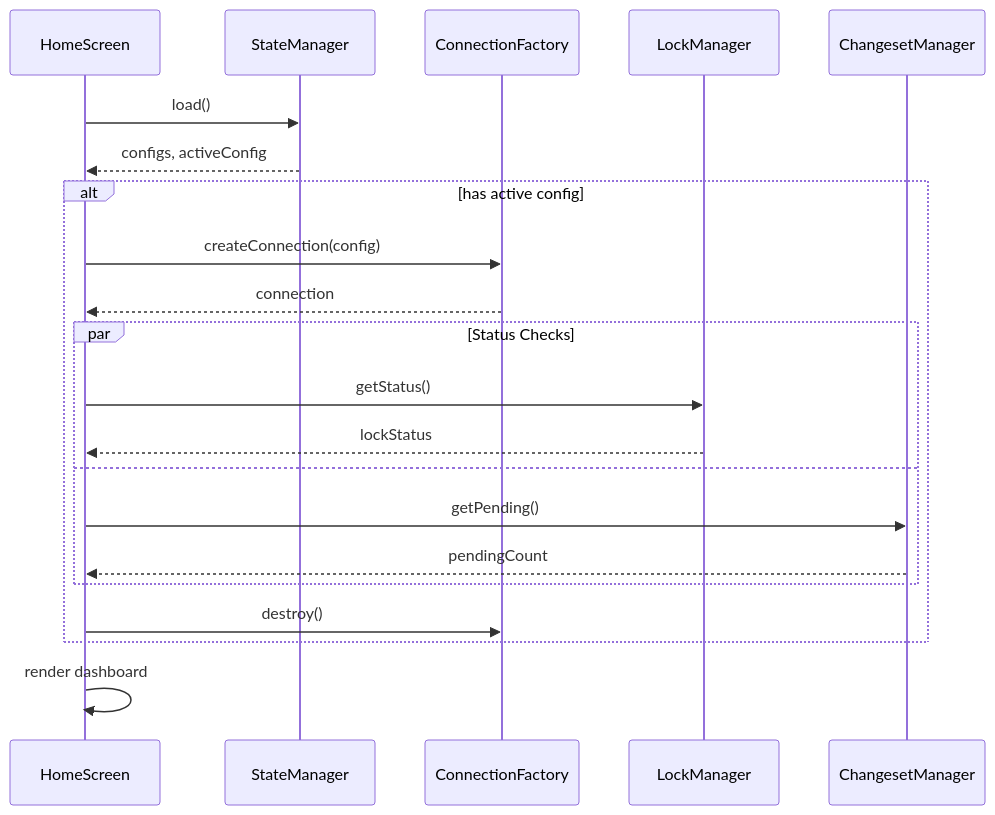
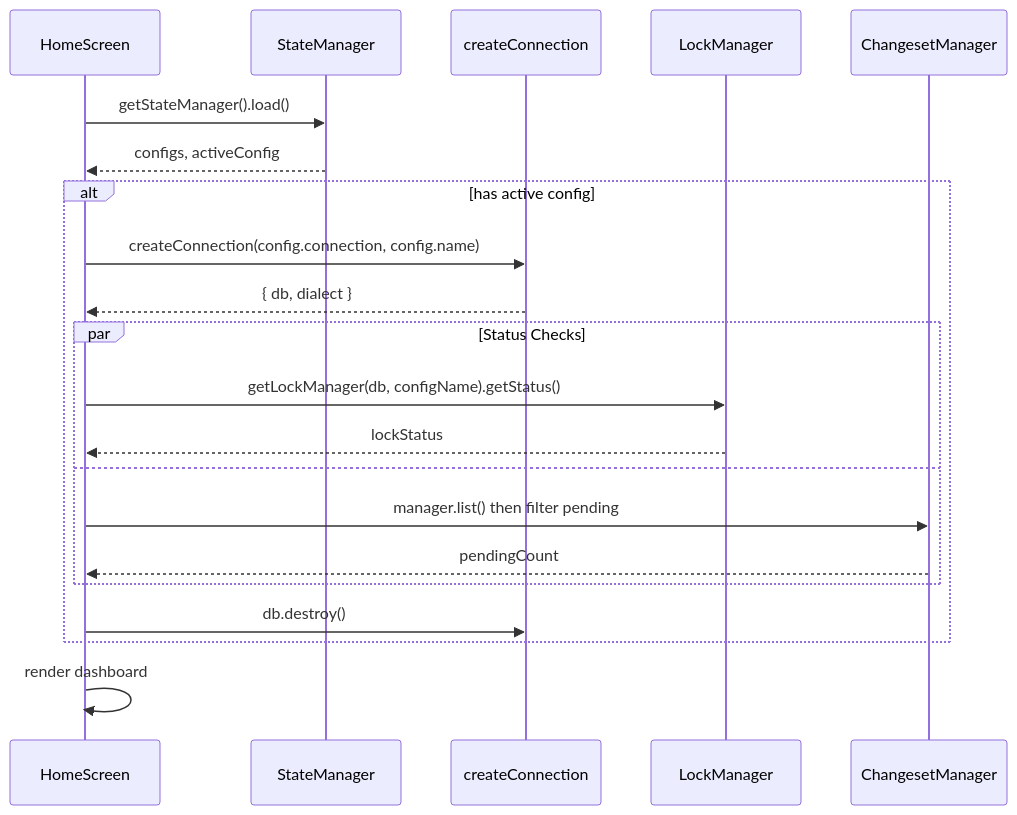
Before and after one commit to noormdev/noorm: the diagram in plan/cli/home.md, drawn with Mermaid. The commit also changed other lines of this file and 37 other files, not shown here.

````diff
--- a/plan/cli/home.md
+++ b/plan/cli/home.md
@@ -49,28 +49,28 @@
 ```mermaid
 sequenceDiagram
     participant Home as HomeScreen
     participant State as StateManager
-    participant Conn as ConnectionFactory
+    participant Conn as createConnection
     participant Lock as LockManager
     participant Change as ChangesetManager
 
-    Home->>State: load()
+    Home->>State: getStateManager().load()
     State-->>Home: configs, activeConfig
 
     alt has active config
-        Home->>Conn: createConnection(config)
-        Conn-->>Home: connection
+        Home->>Conn: createConnection(config.connection, config.name)
+        Conn-->>Home: { db, dialect }
 
         par Status Checks
-            Home->>Lock: getStatus()
+            Home->>Lock: getLockManager(db, configName).getStatus()
             Lock-->>Home: lockStatus
         and
-            Home->>Change: getPending()
+            Home->>Change: manager.list() then filter pending
             Change-->>Home: pendingCount
         end
 
-        Home->>Conn: destroy()
+        Home->>Conn: db.destroy()
     end
 
     Home->>Home: render dashboard
 ```
````
